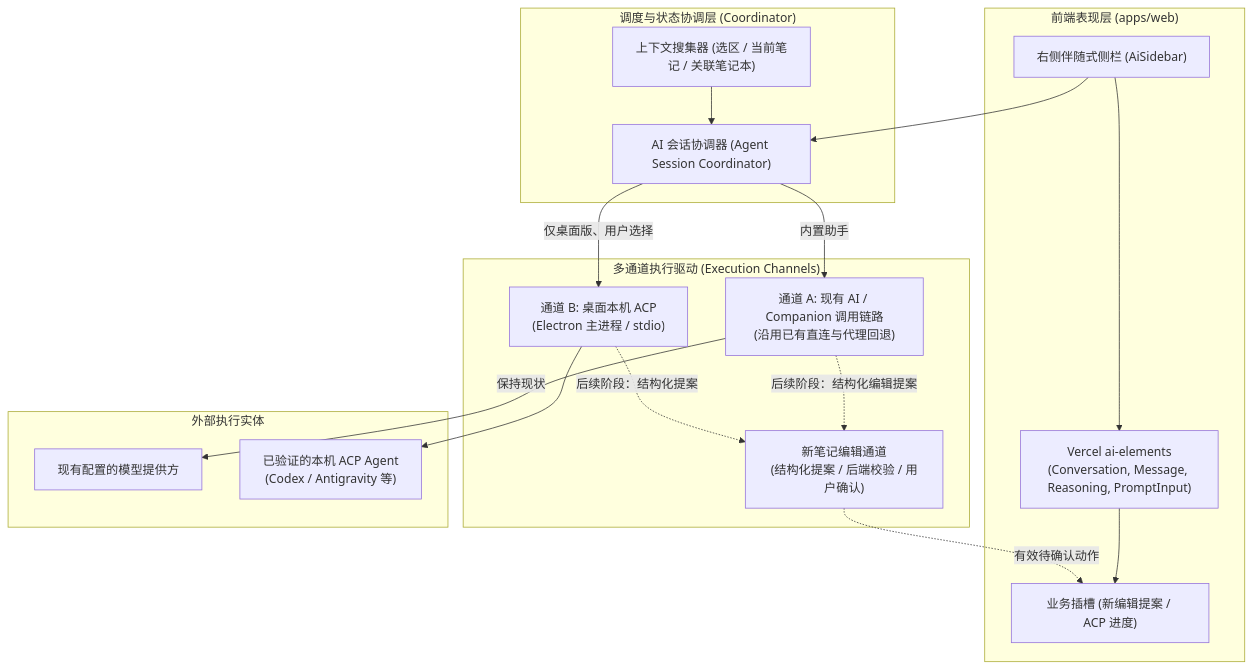
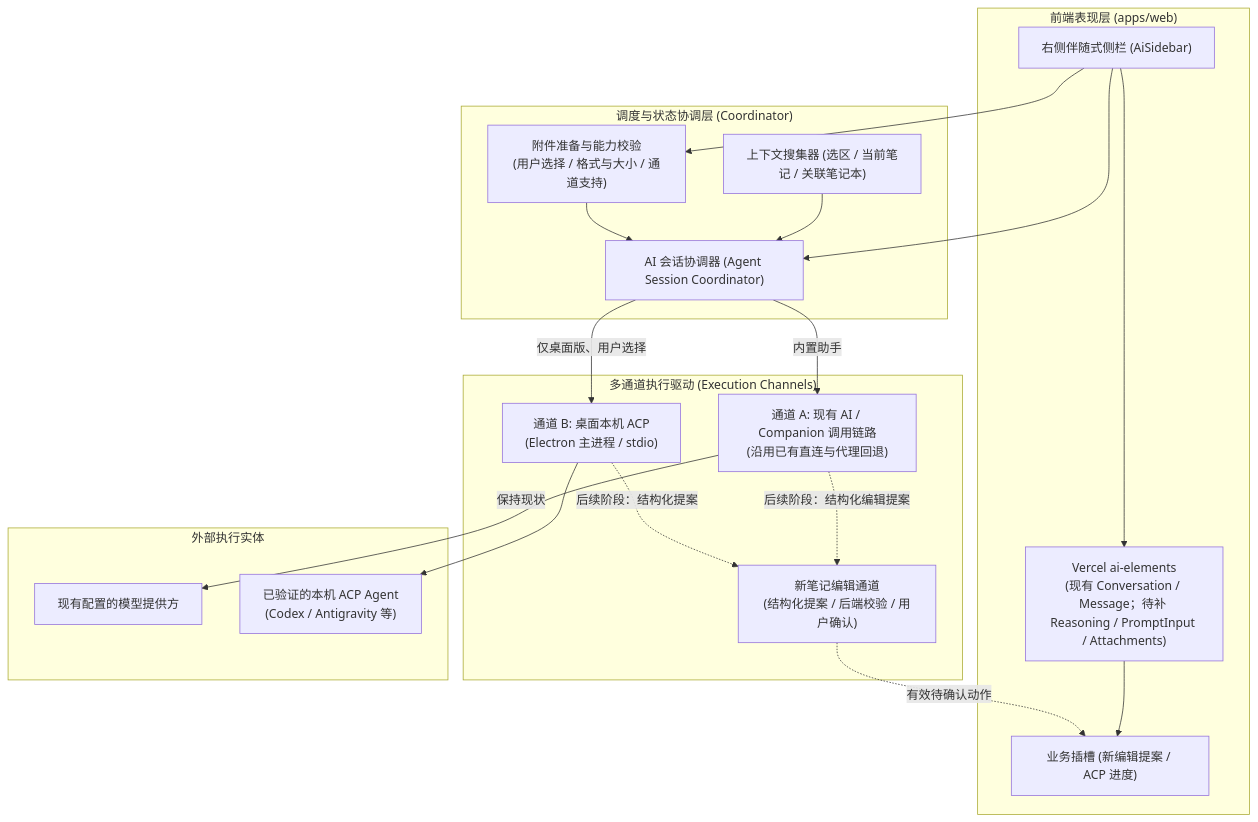
One commit to 1092214362/edgeever changed the first of 2 diagrams in docs/ai-assistant-redesign-plan.zh-CN.md. Above: the diagram before and after it, drawn with Mermaid. The commit also changed other lines of this file, not shown here.

Commit message:
docs: define AI assistant attachment support

````diff
--- a/docs/ai-assistant-redesign-plan.zh-CN.md
+++ b/docs/ai-assistant-redesign-plan.zh-CN.md
@@ -94,38 +104,41 @@
 ```mermaid
 flowchart TD
     subgraph UI_Presentation ["前端表现层 (apps/web)"]
         Sidebar["右侧伴随式侧栏 (AiSidebar)"]
-        AiElements["Vercel ai-elements\n(Conversation, Message, Reasoning, PromptInput)"]
+        AiElements["Vercel ai-elements\n(现有 Conversation / Message；待补 Reasoning / PromptInput / Attachments)"]
         ActionSlot["业务插槽 (新编辑提案 / ACP 进度)"]
     end
 
     subgraph Coordinator_Layer ["调度与状态协调层 (Coordinator)"]
         AgentManager["AI 会话协调器 (Agent Session Coordinator)"]
         ContextCollector["上下文搜集器 (选区 / 当前笔记 / 关联笔记本)"]
+        AttachmentInput["附件准备与能力校验\n(用户选择 / 格式与大小 / 通道支持)"]
     end
 
     subgraph Provider_Channel ["多通道执行驱动 (Execution Channels)"]
         ExistingAiChannel["通道 A: 现有 AI / Companion 调用链路\n(沿用已有直连与代理回退)"]
         LocalAgentChannel["通道 B: 桌面本机 ACP\n(Electron 主进程 / stdio)"]
         ActionValidation["新笔记编辑通道\n(结构化提案 / 后端校验 / 用户确认)"]
     end
 
     subgraph External_Entities ["外部执行实体"]
         ModelProviders["现有配置的模型提供方"]
         LocalAgent["已验证的本机 ACP Agent\n(Codex / Antigravity 等)"]
     end
 
     Sidebar --> AiElements
     AiElements --> ActionSlot
     Sidebar --> AgentManager
     ContextCollector --> AgentManager
+    Sidebar --> AttachmentInput
+    AttachmentInput --> AgentManager
 
     AgentManager -->|内置助手| ExistingAiChannel
     AgentManager -->|仅桌面版、用户选择| LocalAgentChannel
 
     ExistingAiChannel -->|保持现状| ModelProviders
     LocalAgentChannel --> LocalAgent
     ExistingAiChannel -.->|后续阶段：结构化编辑提案| ActionValidation
     LocalAgentChannel -.->|后续阶段：结构化提案| ActionValidation
     ActionValidation -.->|有效待确认动作| ActionSlot
 ```
````
